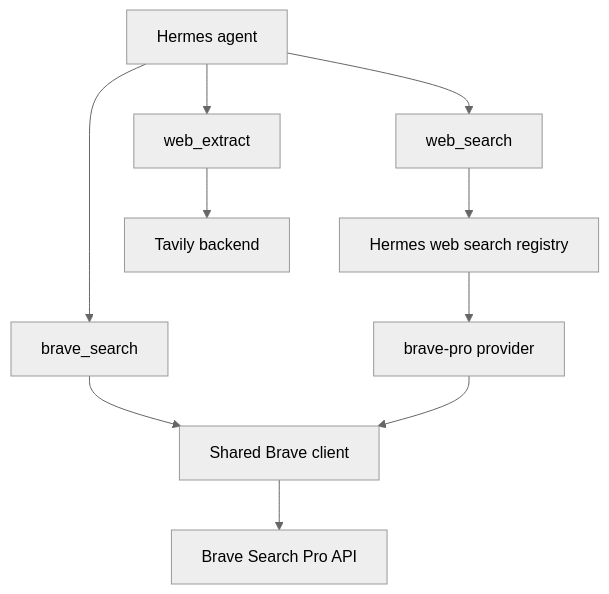
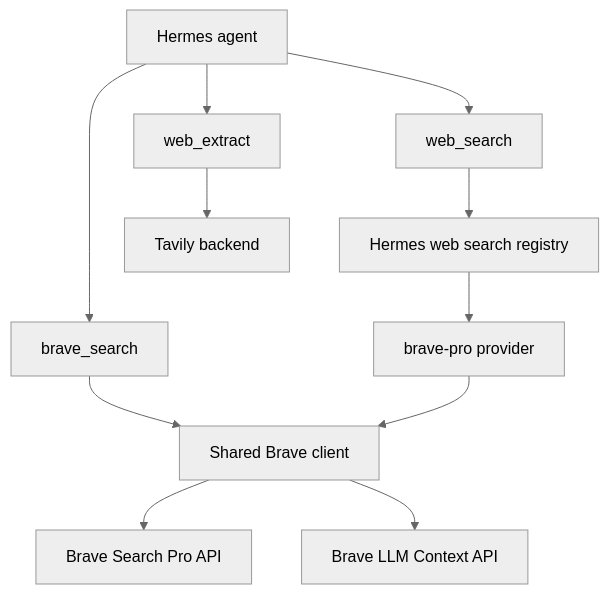
One commit to GodsBoy/hermes-brave-search-pro changed the diagram in README.md. Above: the diagram before and after it, drawn with Mermaid (neutral theme). The commit also changed other lines of this file and 11 other files, not shown here.

Commit message:
feat: add Brave LLM context mode

````diff
--- a/README.md
+++ b/README.md
@@ -163,12 +176,13 @@
 ```mermaid
 flowchart TB
   Agent[Hermes agent] --> BuiltIn[web_search]
   Agent --> Advanced[brave_search]
   BuiltIn --> Registry[Hermes web search registry]
   Registry --> Brave[brave-pro provider]
   Advanced --> Client[Shared Brave client]
   Brave --> Client
   Client --> API[Brave Search Pro API]
+  Client --> Context[Brave LLM Context API]
   Agent --> Extract[web_extract]
   Extract --> Tavily[Tavily backend]
 ```
````
